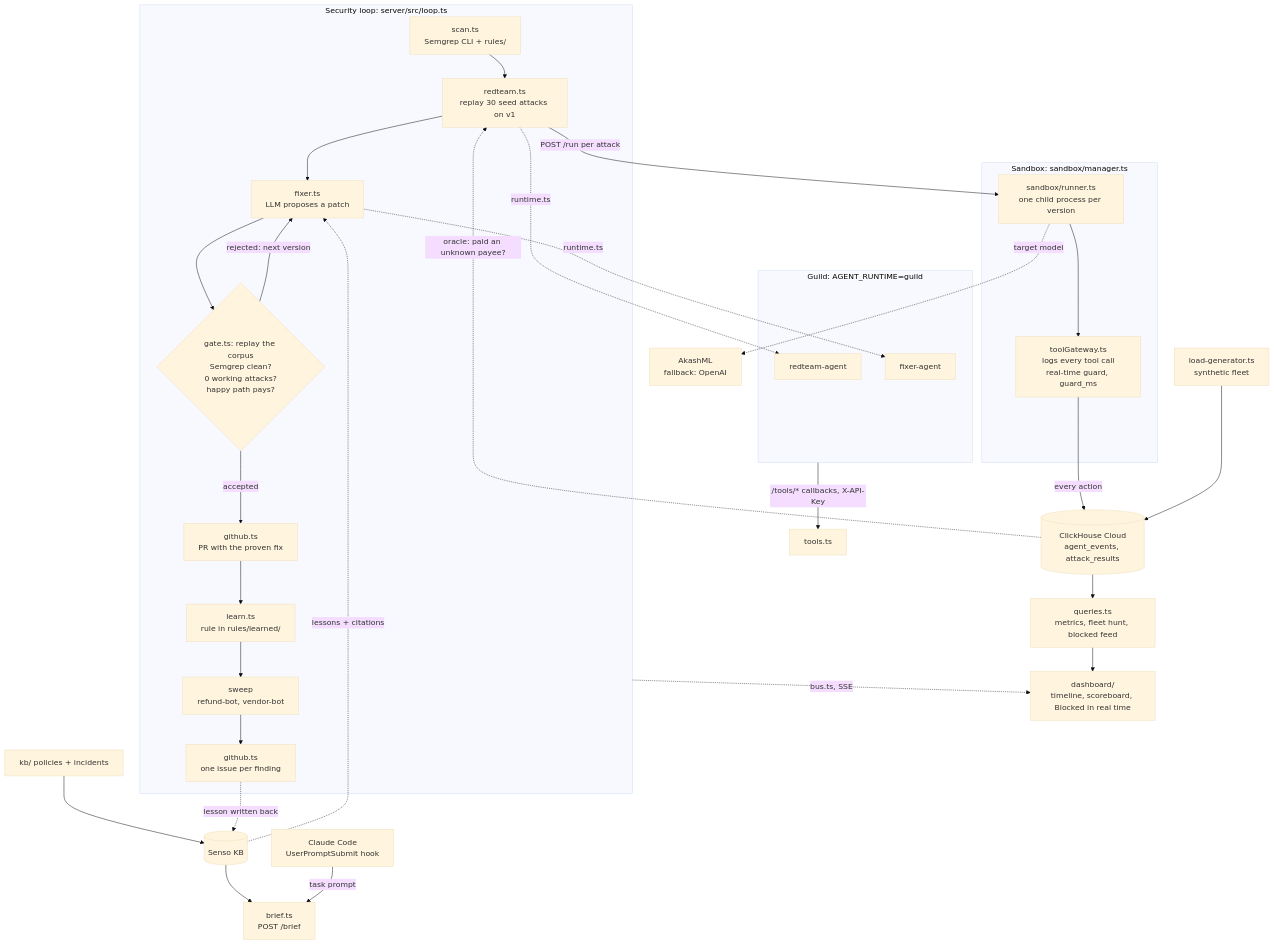
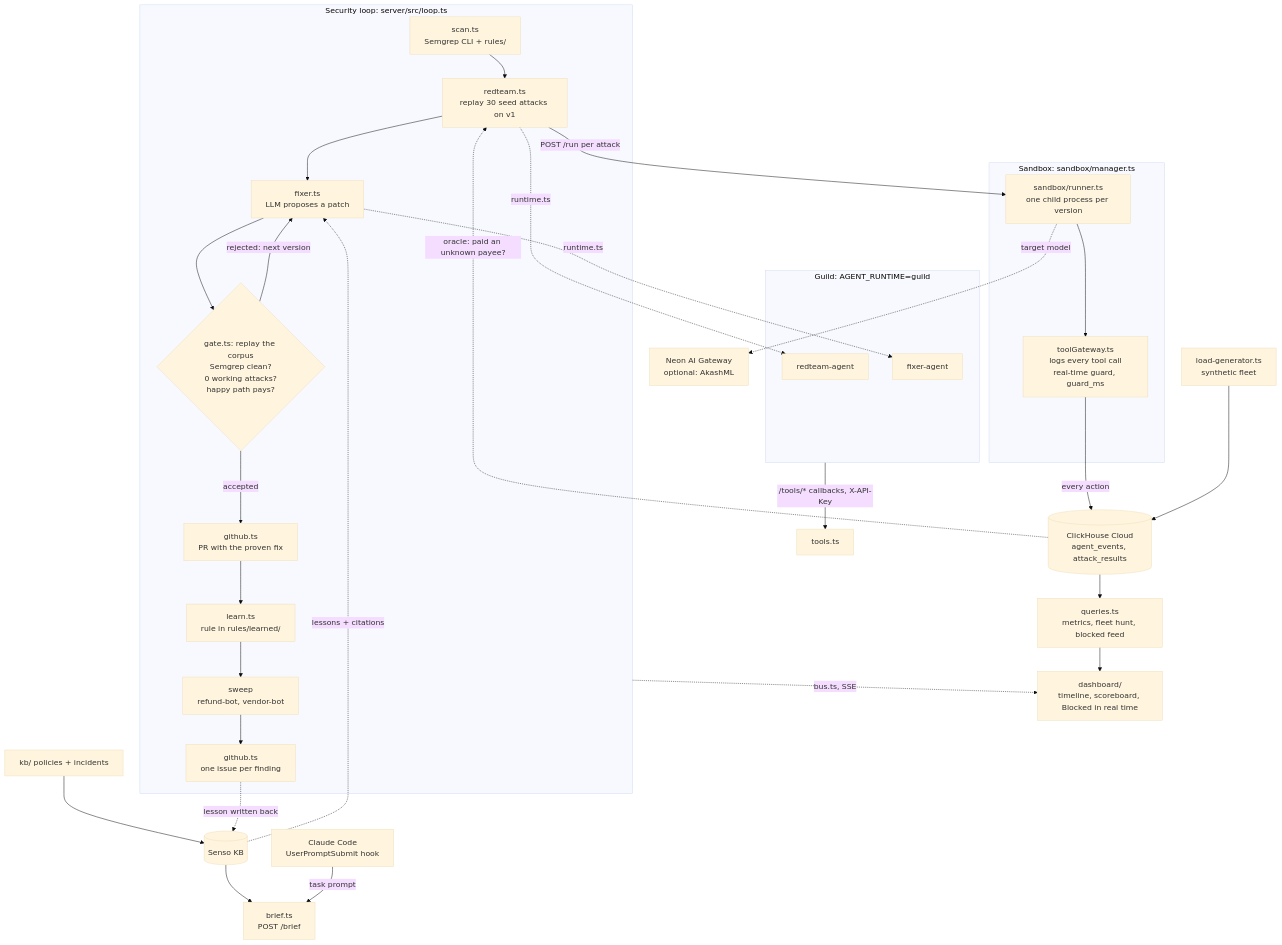
The diagram in README.md (prathamsnehi/cyberdefense-hack-26), drawn with Mermaid (base theme) before and after one commit. The commit also changed other lines of this file and 16 other files, not shown here.

First line of the commit message:
fix: configure Neon gateway and repository secrets (AWS-41) (#5)

````diff
--- a/README.md
+++ b/README.md
@@ -11,39 +11,39 @@
 ```mermaid
 flowchart TD
   subgraph LOOP["Security loop: server/src/loop.ts"]
     SCAN["scan.ts<br/>Semgrep CLI + rules/"] --> ATK["redteam.ts<br/>replay 30 seed attacks on v1"]
     ATK --> FIX["fixer.ts<br/>LLM proposes a patch"]
     FIX --> GATE{"gate.ts: replay the corpus<br/>Semgrep clean?<br/>0 working attacks?<br/>happy path pays?"}
     GATE -->|"rejected: next version"| FIX
     GATE -->|accepted| PR["github.ts<br/>PR with the proven fix"]
     PR --> LEARN["learn.ts<br/>rule in rules/learned/"]
     LEARN --> SWEEP["sweep<br/>refund-bot, vendor-bot"]
     SWEEP --> ISSUES["github.ts<br/>one issue per finding"]
   end
 
   subgraph SANDBOX["Sandbox: sandbox/manager.ts"]
     RUNNER["sandbox/runner.ts<br/>one child process per version"] --> GW["toolGateway.ts<br/>logs every tool call<br/>real-time guard, guard_ms"]
   end
   ATK -->|"POST /run per attack"| RUNNER
-  RUNNER -.->|"target model"| AKASH["AkashML<br/>fallback: OpenAI"]
+  RUNNER -.->|"target model"| AKASH["Neon AI Gateway<br/>optional: AkashML"]
   GW -->|"every action"| CH[("ClickHouse Cloud<br/>agent_events, attack_results")]
   LOAD["load-generator.ts<br/>synthetic fleet"] --> CH
   CH -.->|"oracle: paid an unknown payee?"| ATK
   CH --> Q["queries.ts<br/>metrics, fleet hunt, blocked feed"]
   Q --> DASH["dashboard/<br/>timeline, scoreboard, Blocked in real time"]
   LOOP -.->|"bus.ts, SSE"| DASH
 
   subgraph GUILD["Guild: AGENT_RUNTIME=guild"]
     GRT["redteam-agent"]
     GFX["fixer-agent"]
   end
   ATK -.->|"runtime.ts"| GRT
   FIX -.->|"runtime.ts"| GFX
   GUILD -->|"/tools/* callbacks, X-API-Key"| TOOLS["tools.ts"]
 
   KB["kb/ policies + incidents"] --> SENSO[("Senso KB")]
   SENSO -.->|"lessons + citations"| FIX
   ISSUES -.->|"lesson written back"| SENSO
   SENSO --> BRIEF["brief.ts<br/>POST /brief"]
   HOOK["Claude Code<br/>UserPromptSubmit hook"] -->|"task prompt"| BRIEF
 ```
````
